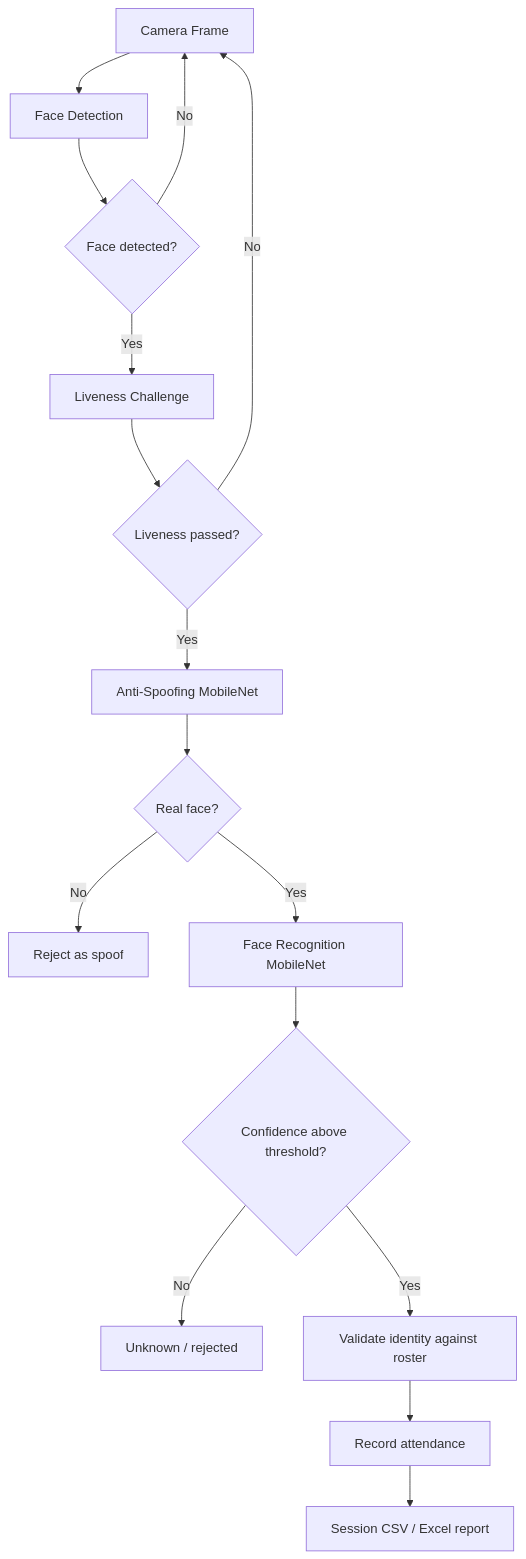
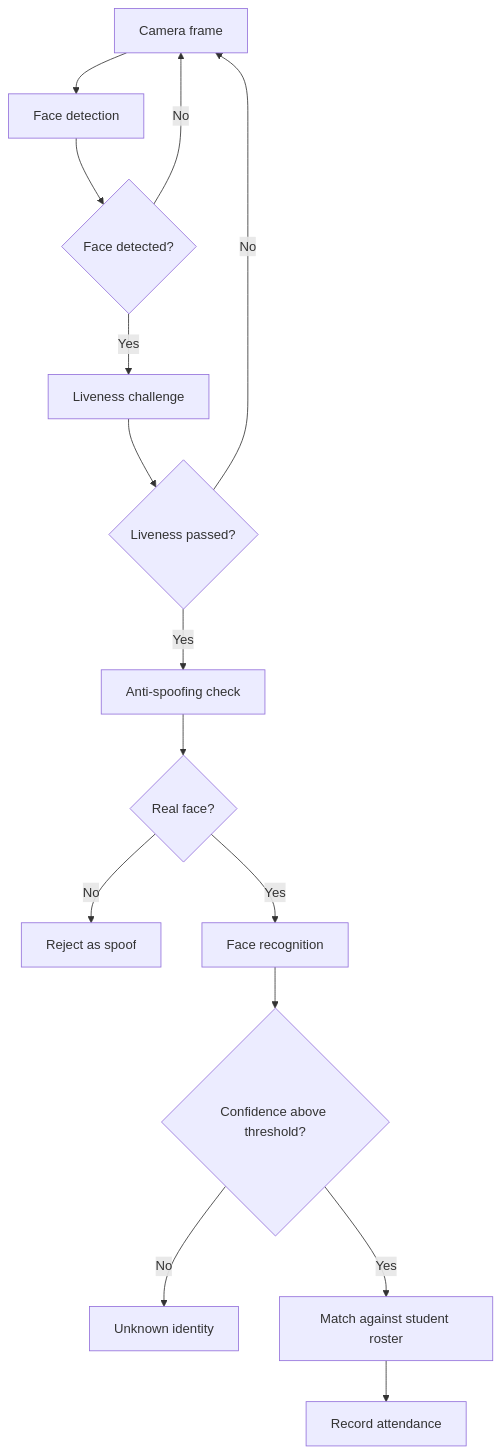
One commit to femieljmt/face-attendance-anti-spoofing changed the diagram in README.md. Above: the diagram before and after it, drawn with Mermaid. The commit also changed other lines of this file and 5 other files, not shown here.

Commit message:
Complete face attendance and anti-spoofing system

````diff
--- a/README.md
+++ b/README.md
@@ -11,18 +11,17 @@
 ```mermaid
 flowchart TD
-    A[Camera Frame] --> B[Face Detection]
-    B --> C{Face detected?}
+    A["Camera frame"] --> B["Face detection"]
+    B --> C{"Face detected?"}
     C -- No --> A
-    C -- Yes --> D[Liveness Challenge]
-    D --> E{Liveness passed?}
+    C -- Yes --> D["Liveness challenge"]
+    D --> E{"Liveness passed?"}
     E -- No --> A
-    E -- Yes --> F[Anti-Spoofing MobileNet]
-    F --> G{Real face?}
-    G -- No --> H[Reject as spoof]
-    G -- Yes --> I[Face Recognition MobileNet]
-    I --> J{Confidence above threshold?}
-    J -- No --> K[Unknown / rejected]
-    J -- Yes --> L[Validate identity against roster]
-    L --> M[Record attendance]
-    M --> N[Session CSV / Excel report]
+    E -- Yes --> F["Anti-spoofing check"]
+    F --> G{"Real face?"}
+    G -- No --> H["Reject as spoof"]
+    G -- Yes --> I["Face recognition"]
+    I --> J{"Confidence above threshold?"}
+    J -- No --> K["Unknown identity"]
+    J -- Yes --> L["Match against student roster"]
+    L --> M["Record attendance"]
 ```
````
